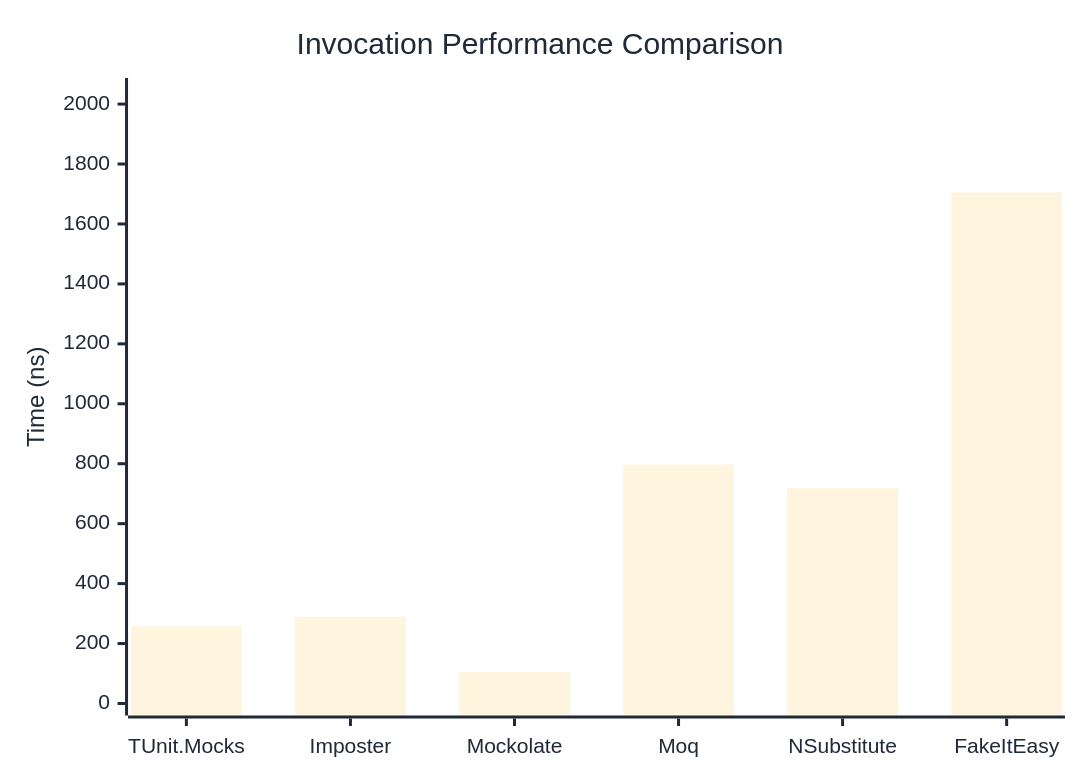
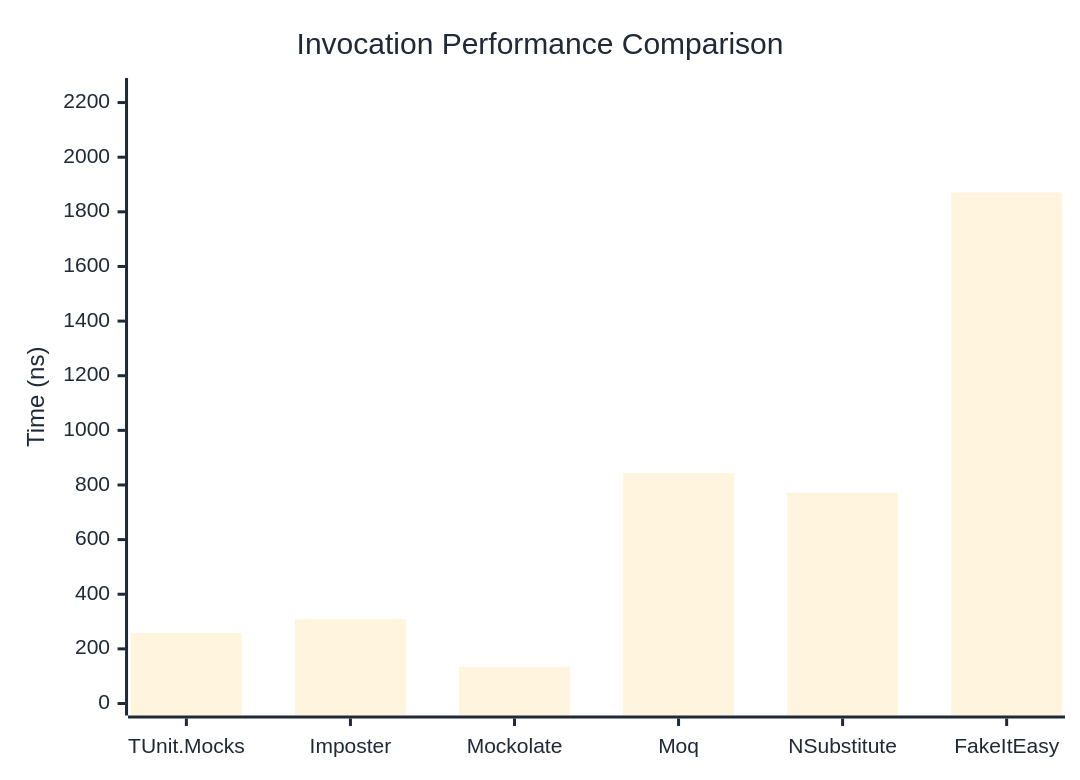
Before and after one commit to thomhurst/TUnit: the first of 3 diagrams in docs/docs/benchmarks/mocks/Invocation.md, drawn with Mermaid. The commit also changed other lines of this file and 14 other files, not shown here.

````diff
--- a/docs/docs/benchmarks/mocks/Invocation.md
+++ b/docs/docs/benchmarks/mocks/Invocation.md
@@ -28,27 +28,27 @@
 ```mermaid
 %%{init: {
   'theme':'base',
   'themeVariables': {
     'primaryColor': '#2563eb',
     'primaryTextColor': '#1f2937',
     'primaryBorderColor': '#1e40af',
     'lineColor': '#6b7280',
     'secondaryColor': '#7c3aed',
     'tertiaryColor': '#dc2626',
     'background': '#ffffff',
     'pie1': '#2563eb',
     'pie2': '#7c3aed',
     'pie3': '#dc2626',
     'pie4': '#f59e0b',
     'pie5': '#10b981',
     'pie6': '#06b6d4',
     'pie7': '#ec4899',
     'pie8': '#6366f1'
   }
 }}%%
 xychart-beta
   title "Invocation Performance Comparison"
   x-axis ["TUnit.Mocks", "Imposter", "Mockolate", "Moq", "NSubstitute", "FakeItEasy"]
-  y-axis "Time (ns)" 0 --> 2047
-  bar [257.67, 289.64, 105.32, 797.14, 718.17, 1705.01]
+  y-axis "Time (ns)" 0 --> 2246
+  bar [258.5, 307.9, 134, 843.4, 771.7, 1871]
 ```
````
